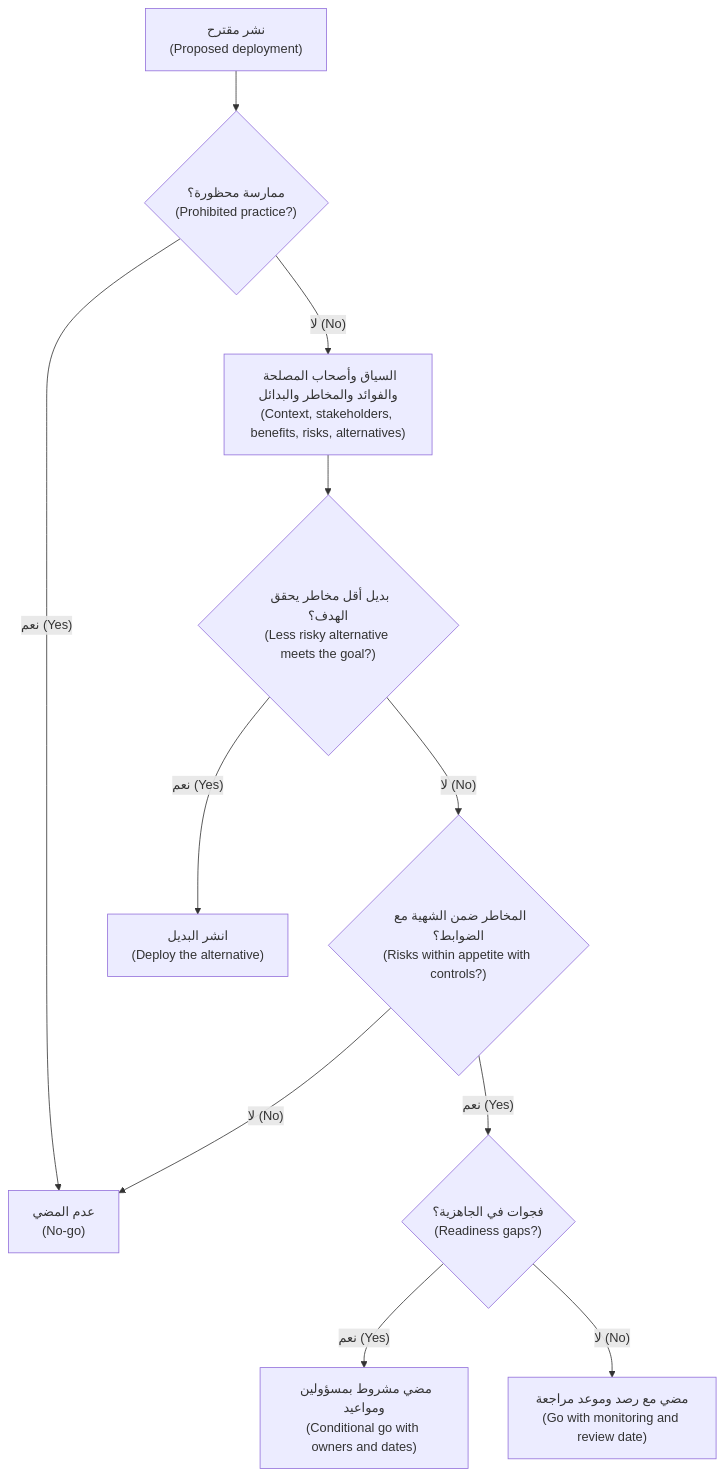
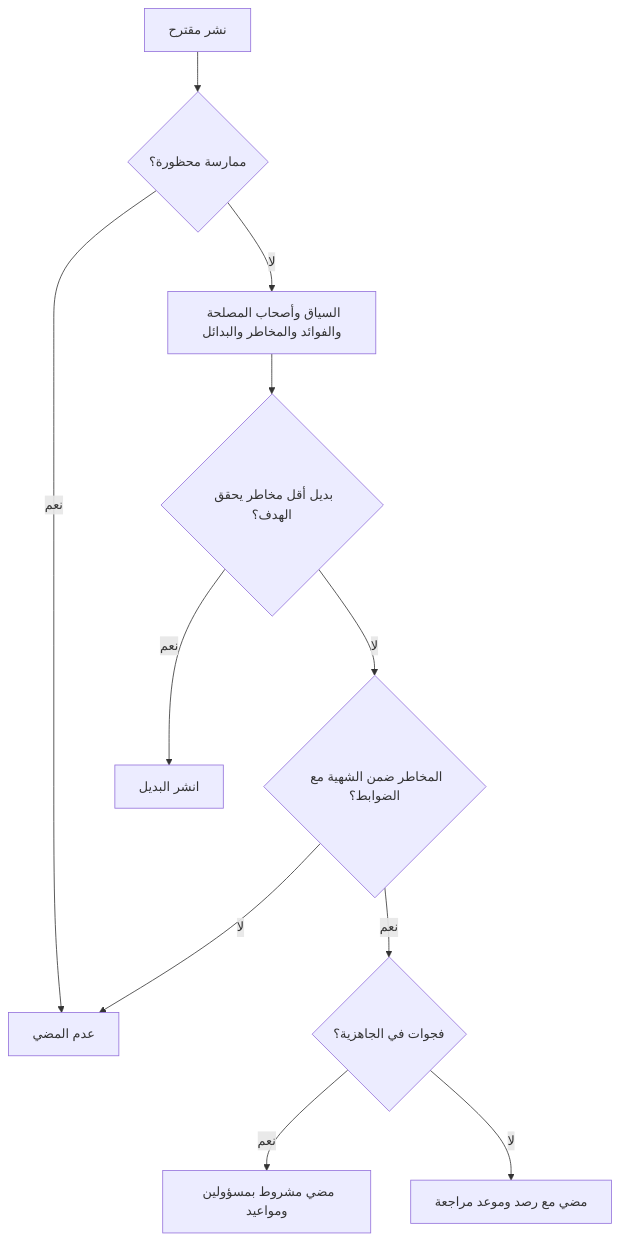
Before and after one commit to Tamoura/system-design-for-vibe-coders: the first of 2 diagrams in aigp/modules/11-deployment.ar.md, drawn with Mermaid. The commit also changed other lines of this file and 551 other files, not shown here.

````diff
--- a/aigp/modules/11-deployment.ar.md
+++ b/aigp/modules/11-deployment.ar.md
@@ -79,13 +77,13 @@
 ```mermaid
 flowchart TD
-  A["نشر مقترح<br/>(Proposed deployment)"] --> B{"ممارسة محظورة؟<br/>(Prohibited practice?)"}
-  B -- "نعم (Yes)" --> X["عدم المضي<br/>(No-go)"]
-  B -- "لا (No)" --> C["السياق وأصحاب المصلحة والفوائد والمخاطر والبدائل<br/>(Context, stakeholders, benefits, risks, alternatives)"]
-  C --> D{"بديل أقل مخاطر يحقق الهدف؟<br/>(Less risky alternative meets the goal?)"}
-  D -- "نعم (Yes)" --> Y["انشر البديل<br/>(Deploy the alternative)"]
-  D -- "لا (No)" --> E{"المخاطر ضمن الشهية مع الضوابط؟<br/>(Risks within appetite with controls?)"}
-  E -- "لا (No)" --> X
-  E -- "نعم (Yes)" --> F{"فجوات في الجاهزية؟<br/>(Readiness gaps?)"}
-  F -- "نعم (Yes)" --> G["مضي مشروط بمسؤولين ومواعيد<br/>(Conditional go with owners and dates)"]
-  F -- "لا (No)" --> H["مضي مع رصد وموعد مراجعة<br/>(Go with monitoring and review date)"]
+  A["نشر مقترح"] --> B{"ممارسة محظورة؟"}
+  B -- "نعم" --> X["عدم المضي"]
+  B -- "لا" --> C["السياق وأصحاب المصلحة والفوائد والمخاطر والبدائل"]
+  C --> D{"بديل أقل مخاطر يحقق الهدف؟"}
+  D -- "نعم" --> Y["انشر البديل"]
+  D -- "لا" --> E{"المخاطر ضمن الشهية مع الضوابط؟"}
+  E -- "لا" --> X
+  E -- "نعم" --> F{"فجوات في الجاهزية؟"}
+  F -- "نعم" --> G["مضي مشروط بمسؤولين ومواعيد"]
+  F -- "لا" --> H["مضي مع رصد وموعد مراجعة"]
 ```
````
